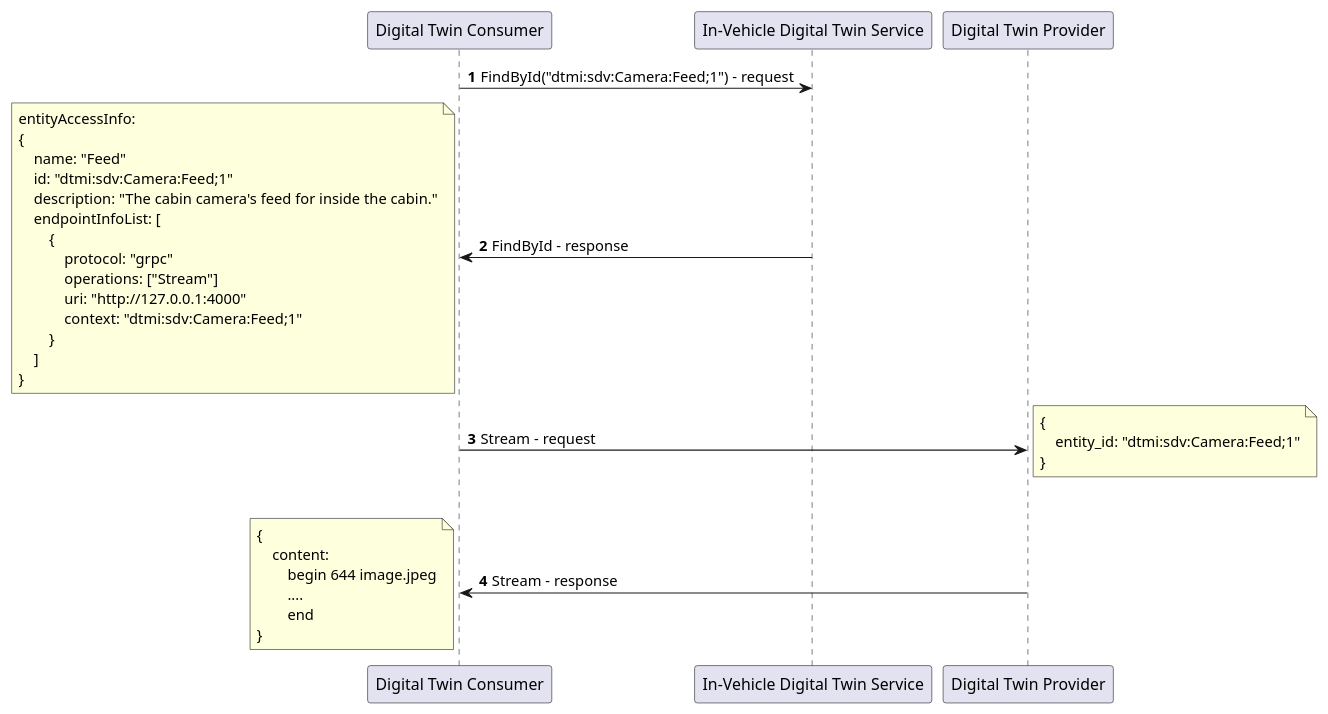
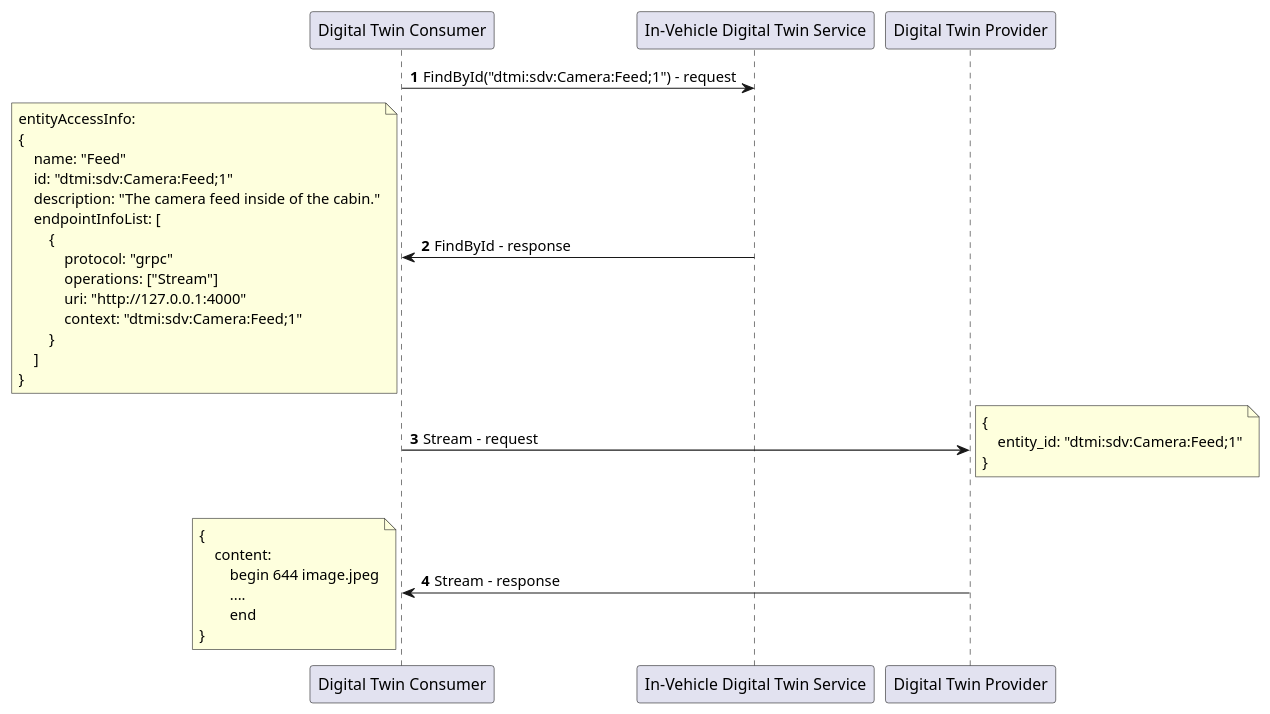
The diagram in docs/design/diagrams/stream_sequence.puml (eclipse-ibeji/ibeji), drawn with PlantUML before and after one commit.

Commit message:
Add streaming sample

```diff
--- a/docs/design/diagrams/stream_sequence.puml
+++ b/docs/design/diagrams/stream_sequence.puml
@@ -1,41 +1,41 @@
 @startuml
 
 autonumber
 
 "Digital Twin Consumer" -> "In-Vehicle Digital Twin Service" : FindById("dtmi:sdv:Camera:Feed;1") - request
 "Digital Twin Consumer" <- "In-Vehicle Digital Twin Service" : FindById - response
 note left
 entityAccessInfo:
 {
     name: "Feed"
     id: "dtmi:sdv:Camera:Feed;1"
-    description: "The cabin camera's feed for inside the cabin."
+    description: "The camera feed inside of the cabin."
     endpointInfoList: [
         {
             protocol: "grpc"
             operations: ["Stream"]
             uri: "http://127.0.0.1:4000"
             context: "dtmi:sdv:Camera:Feed;1"
         }
     ]
 }
 end note
 
 "Digital Twin Consumer" -> "Digital Twin Provider" : Stream - request
 note right
 {
     entity_id: "dtmi:sdv:Camera:Feed;1"
 }
 end note
 
 loop until Digital Twin Consumer disconnects
     "Digital Twin Consumer" <- "Digital Twin Provider" : Stream - response
     note left
     {
         content:
             begin 644 image.jpeg
             ....
             end
     }
     end note
 @enduml
```
